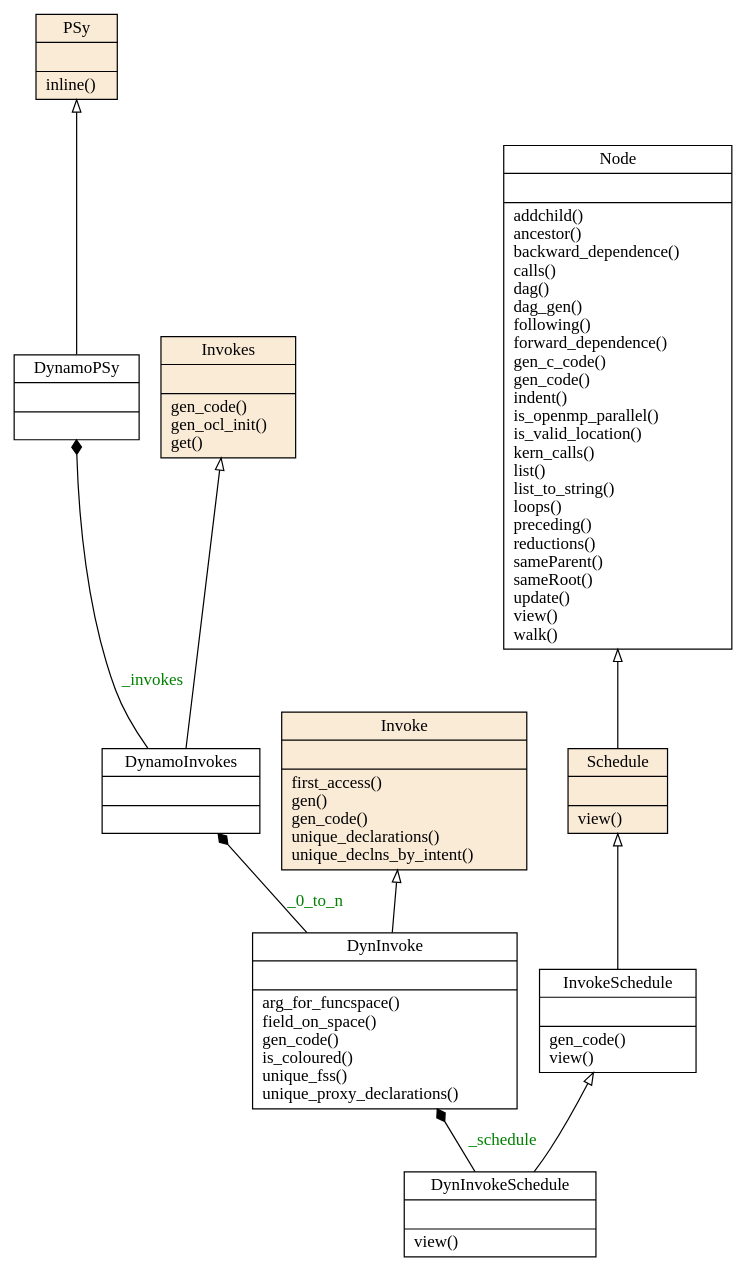
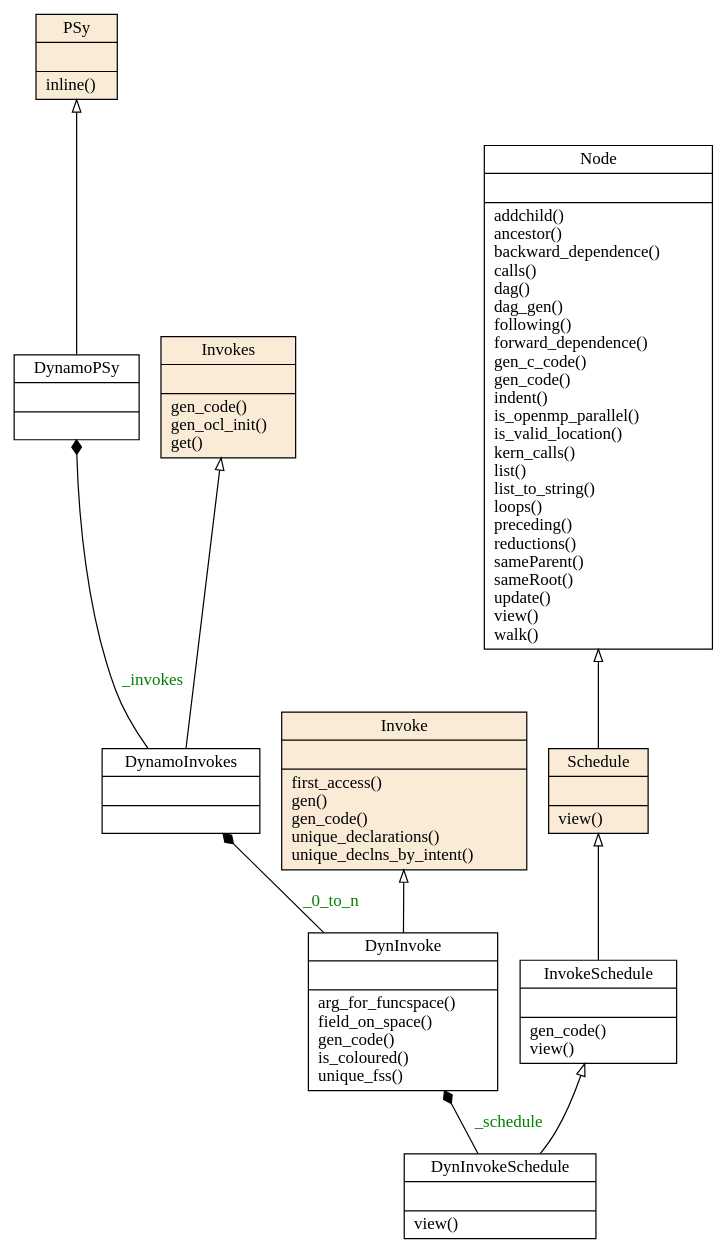
The diagram in doc/user_guide/dynamo0p3_topclasses.dot (stfc/PSyclone), drawn with Graphviz before and after one commit. The commit also changed 3 other files, not shown here.

Commit message:
PR #1261: Get proxy declarations from argument properties

```diff
--- a/doc/user_guide/dynamo0p3_topclasses.dot
+++ b/doc/user_guide/dynamo0p3_topclasses.dot
@@ -1,26 +1,26 @@
 digraph "classes_dynamo0p3" {
 charset="utf-8"
 rankdir=BT
 
-"20" [label="{DynInvoke|\l|arg_for_funcspace()\lfield_on_space()\lgen_code()\lis_coloured()\lunique_fss()\lunique_proxy_declarations()\l}", shape="record"];
+"20" [label="{DynInvoke|\l|arg_for_funcspace()\lfield_on_space()\lgen_code()\lis_coloured()\lunique_fss()\l}", shape="record"];
 "21" [label="{DynInvokeSchedule|\l|view()\l}", shape="record"];
 "35" [label="{DynamoInvokes|\l|}", shape="record"];
 "36" [label="{DynamoPSy|\l|}", shape="record"];
 "45" [label="{Invoke|\l|first_access()\lgen()\lgen_code()\lunique_declarations()\lunique_declns_by_intent()\l}", shape="record", style=filled, fillcolor="antiquewhite"];
 "46" [label="{InvokeSchedule|\l|gen_code()\lview()\l}", shape="record"];
 "47" [label="{Invokes|\l|gen_code()\lgen_ocl_init()\lget()\l}", shape="record", style=filled, fillcolor="antiquewhite"];
 "54" [label="{Node|\l|addchild()\lancestor()\lbackward_dependence()\lcalls()\ldag()\ldag_gen()\lfollowing()\lforward_dependence()\lgen_c_code()\lgen_code()\lindent()\lis_openmp_parallel()\lis_valid_location()\lkern_calls()\llist()\llist_to_string()\lloops()\lpreceding()\lreductions()\lsameParent()\lsameRoot()\lupdate()\lview()\lwalk()\l}", shape="record"];
 "55" [label="{PSy|\l|inline()\l}", shape="record", style=filled, fillcolor="antiquewhite"];
 "56" [label="{Schedule|\l|view()\l}", shape="record", style=filled, fillcolor="antiquewhite"];
 
 "20" -> "45" [arrowhead="empty", arrowtail="none"];
 "20" -> "35" [arrowhead="diamond", arrowtail="none", fontcolor="green", label="_0_to_n", style="solid"];
 "21" -> "46" [arrowhead="empty", arrowtail="none"];
 "21" -> "20" [arrowhead="diamond", arrowtail="none", fontcolor="green", label="_schedule", style="solid"];
 "35" -> "47" [arrowhead="empty", arrowtail="none"];
 "35" -> "36" [arrowhead="diamond", arrowtail="none", fontcolor="green", label="_invokes", style="solid"];
 "36" -> "55" [arrowhead="empty", arrowtail="none"];
 "46" -> "56" [arrowhead="empty", arrowtail="none"];
 "56" -> "54" [arrowhead="empty", arrowtail="none"];
 
 }
```
